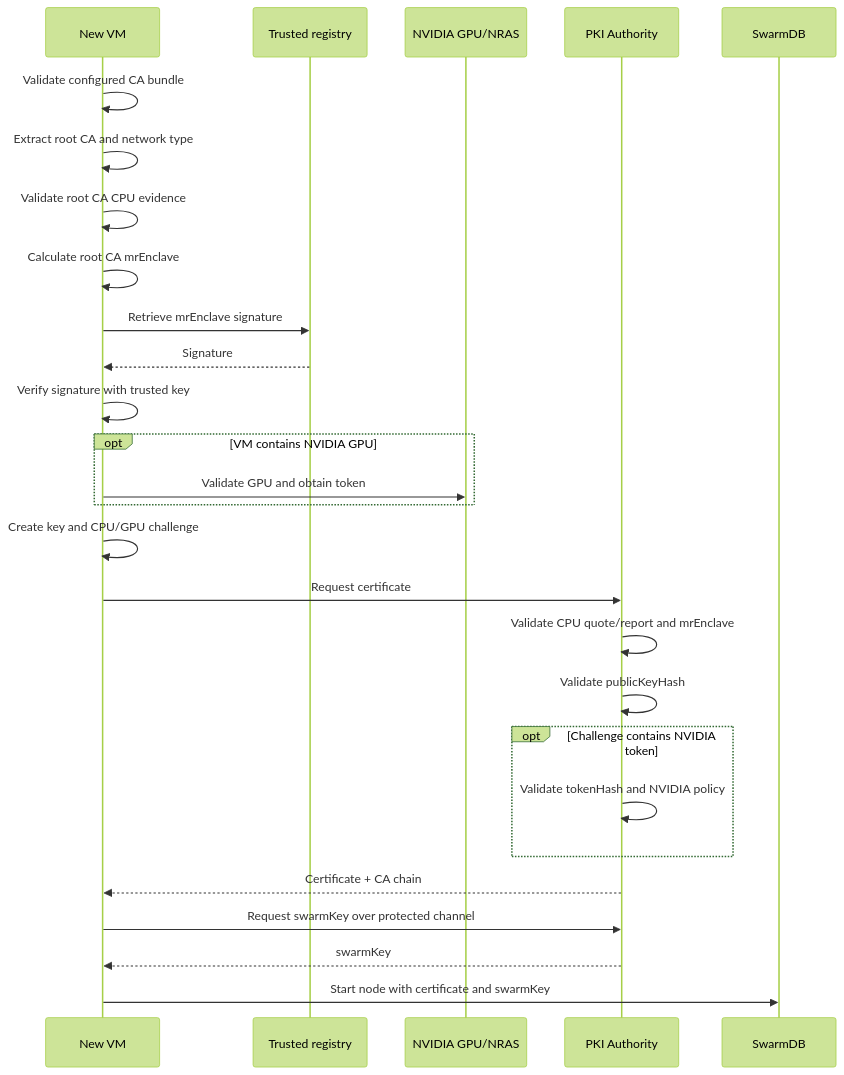
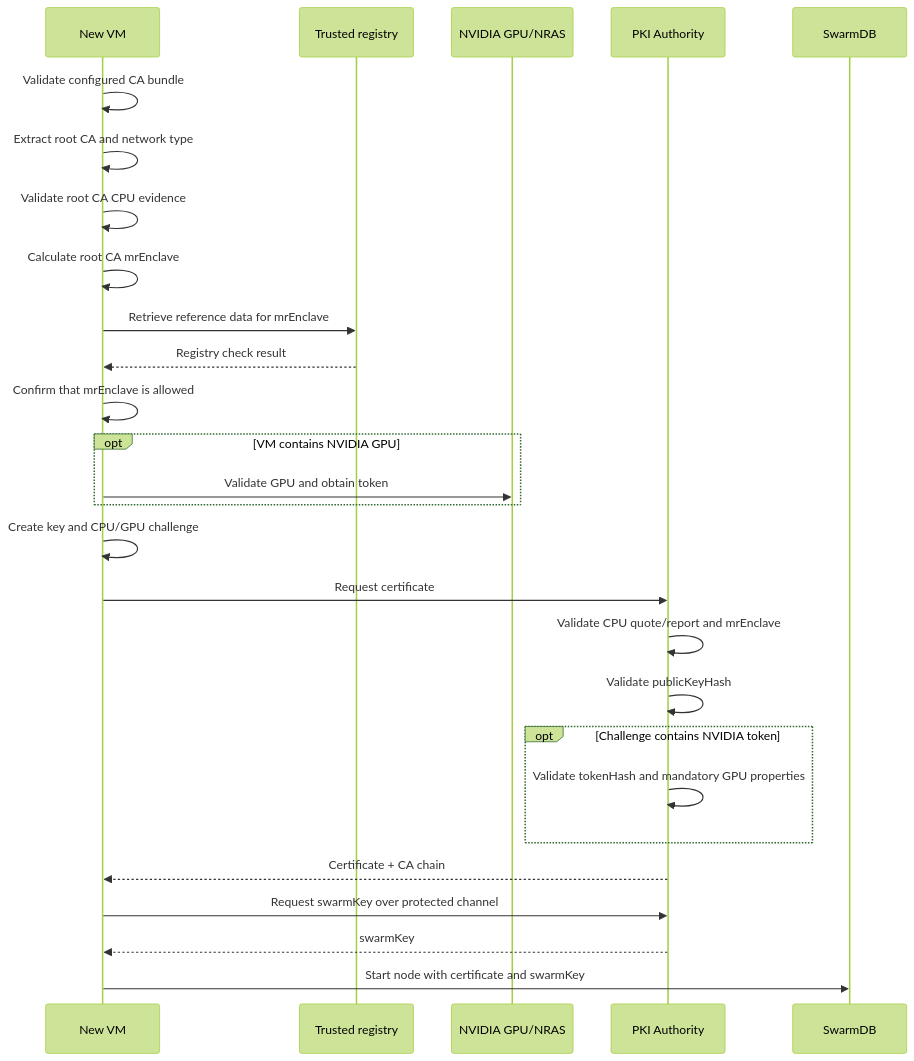
The diagram in docs/03-node-join.md (Super-Protocol/sp-vm), drawn with Mermaid (forest theme) before and after one commit. The commit also changed other lines of this file and 6 other files, not shown here.

````diff
--- a/docs/03-node-join.md
+++ b/docs/03-node-join.md
@@ -29,30 +29,30 @@
 ```mermaid
 sequenceDiagram
     participant VM as New VM
     participant REG as Trusted registry
     participant GPU as NVIDIA GPU/NRAS
     participant PKI as PKI Authority
     participant DB as SwarmDB
 
     VM->>VM: Validate configured CA bundle
     VM->>VM: Extract root CA and network type
     VM->>VM: Validate root CA CPU evidence
     VM->>VM: Calculate root CA mrEnclave
-    VM->>REG: Retrieve mrEnclave signature
-    REG-->>VM: Signature
-    VM->>VM: Verify signature with trusted key
+    VM->>REG: Retrieve reference data for mrEnclave
+    REG-->>VM: Registry check result
+    VM->>VM: Confirm that mrEnclave is allowed
     opt VM contains NVIDIA GPU
         VM->>GPU: Validate GPU and obtain token
     end
     VM->>VM: Create key and CPU/GPU challenge
     VM->>PKI: Request certificate
     PKI->>PKI: Validate CPU quote/report and mrEnclave
     PKI->>PKI: Validate publicKeyHash
     opt Challenge contains NVIDIA token
-        PKI->>PKI: Validate tokenHash and NVIDIA policy
+        PKI->>PKI: Validate tokenHash and mandatory GPU properties
     end
     PKI-->>VM: Certificate + CA chain
     VM->>PKI: Request swarmKey over protected channel
     PKI-->>VM: swarmKey
     VM->>DB: Start node with certificate and swarmKey
 ```
````
